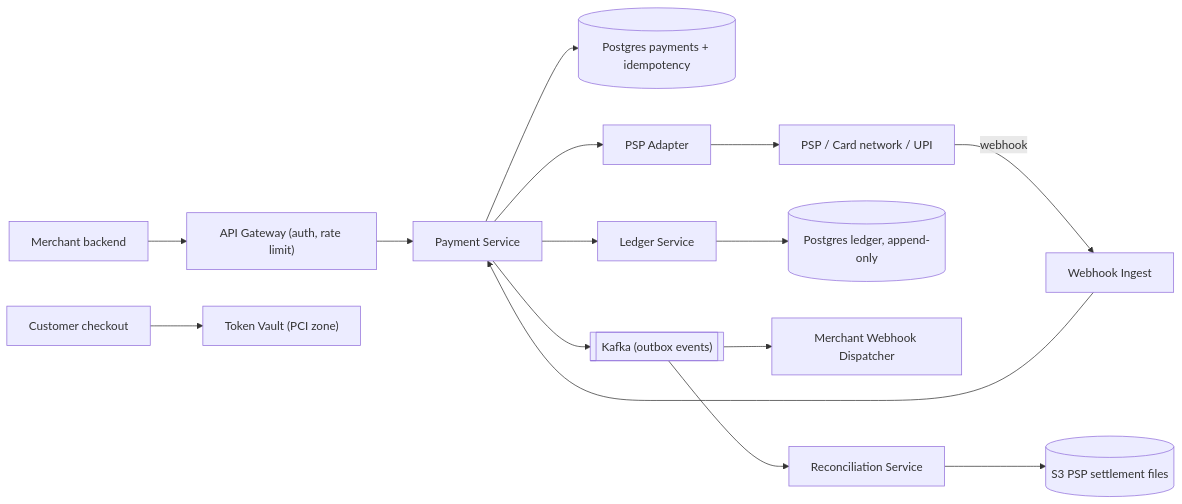
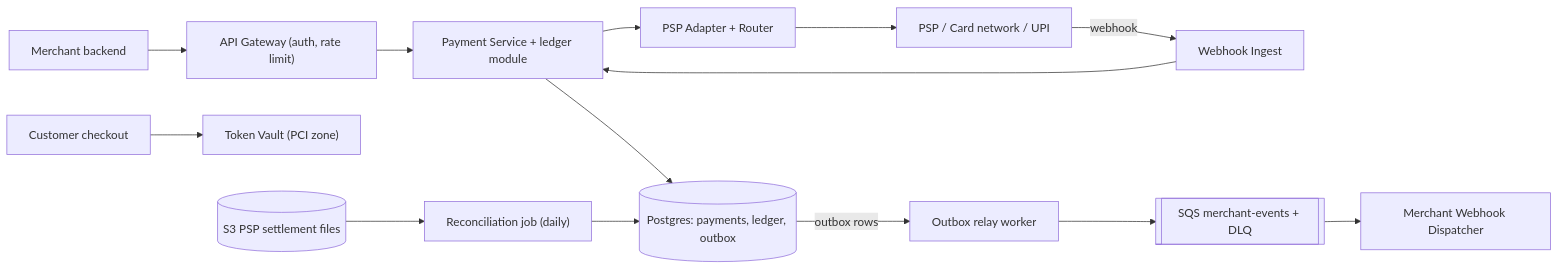
One commit to flow6979/system-design-prep changed the first of 4 diagrams in content-en/02-questions/t1-11-payment-system.md. Above: the diagram before and after it, drawn with Mermaid. The commit also changed other lines of this file and 61 other files, not shown here.

````diff
--- a/content-en/02-questions/t1-11-payment-system.md
+++ b/content-en/02-questions/t1-11-payment-system.md
@@ -84,17 +90,16 @@
 ```mermaid
 flowchart LR
   M["Merchant backend"] --> G["API Gateway (auth, rate limit)"]
   CU["Customer checkout"] --> V["Token Vault (PCI zone)"]
-  G --> P["Payment Service"]
-  P --> DB[("Postgres payments + idempotency")]
-  P --> PA["PSP Adapter"]
+  G --> P["Payment Service + ledger module"]
+  P --> DB[("Postgres: payments, ledger, outbox")]
+  P --> PA["PSP Adapter + Router"]
   PA --> PSP["PSP / Card network / UPI"]
   PSP -- "webhook" --> WH["Webhook Ingest"]
   WH --> P
-  P --> LG["Ledger Service"]
-  LG --> LDB[("Postgres ledger, append-only")]
-  P --> K[["Kafka (outbox events)"]]
-  K --> MW["Merchant Webhook Dispatcher"]
-  K --> RE["Reconciliation Service"]
-  RE --> S3[("S3 PSP settlement files")]
+  DB -- "outbox rows" --> OR["Outbox relay worker"]
+  OR --> Q[["SQS merchant-events + DLQ"]]
+  Q --> MW["Merchant Webhook Dispatcher"]
+  S3[("S3 PSP settlement files")] --> RE["Reconciliation job (daily)"]
+  RE --> DB
 ```
````
